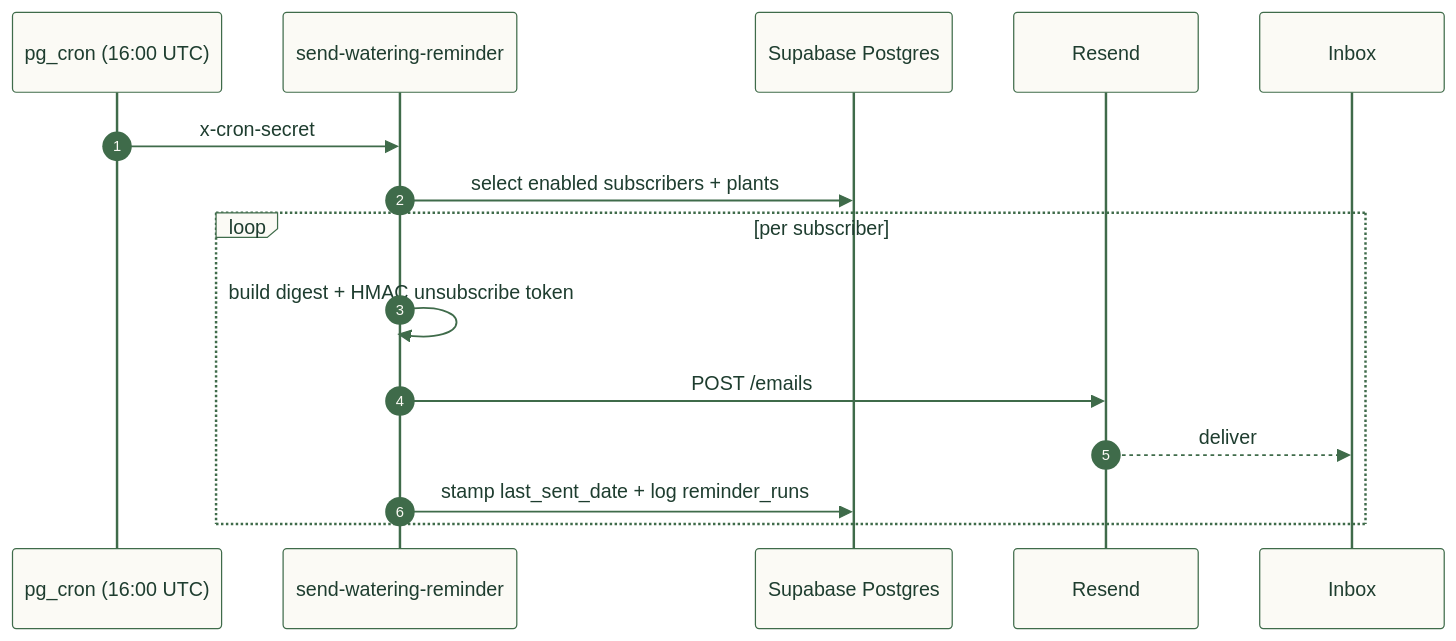
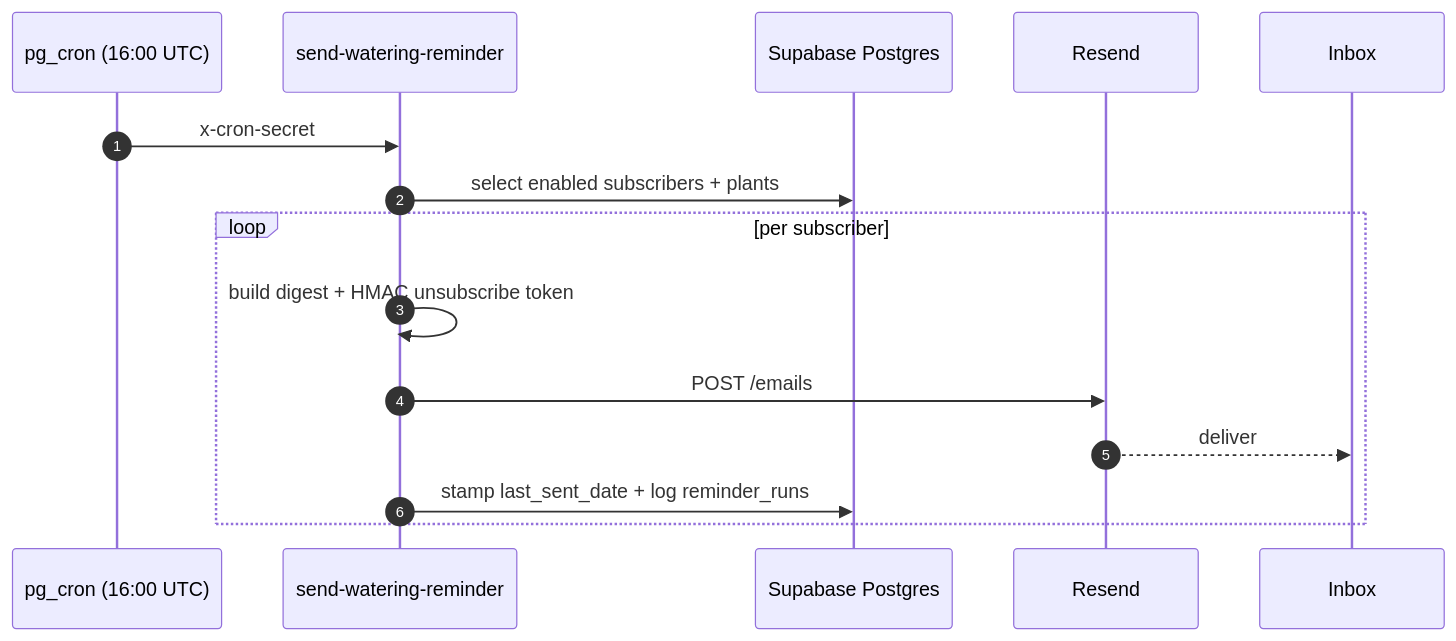
Before and after one commit to randyren278/sill: the diagram in README.md, drawn with Mermaid. The commit also changed other lines of this file, not shown here.

First line of the commit message:
readme: remove orphan mermaid fragments and theme directive

````diff
--- a/README.md
+++ b/README.md
@@ -60,19 +60,18 @@
 ```mermaid
-%%{init: {"theme":"base","themeVariables":{"background":"#eef0e4","primaryColor":"#fbfaf5","primaryTextColor":"#1e3d2f","primaryBorderColor":"#3f6b4a","lineColor":"#3f6b4a","actorBkg":"#fbfaf5","actorBorder":"#3f6b4a","actorTextColor":"#1e3d2f","signalColor":"#3f6b4a","signalTextColor":"#1e3d2f","labelBoxBkgColor":"#fbfaf5","labelBoxBorderColor":"#3f6b4a","labelTextColor":"#1e3d2f","loopTextColor":"#1e3d2f","noteBkgColor":"#fbfaf5","noteBorderColor":"#3f6b4a","noteTextColor":"#1e3d2f","sequenceNumberColor":"#fbfaf5"}}}%%
 sequenceDiagram
   autonumber
   participant Cron as pg_cron (16:00 UTC)
   participant Edge as send-watering-reminder
   participant DB as Supabase Postgres
   participant Resend
   participant Inbox
 
   Cron->>Edge: x-cron-secret
   Edge->>DB: select enabled subscribers + plants
   loop per subscriber
     Edge->>Edge: build digest + HMAC unsubscribe token
     Edge->>Resend: POST /emails
     Resend-->>Inbox: deliver
     Edge->>DB: stamp last_sent_date + log reminder_runs
   end
 ```
````
